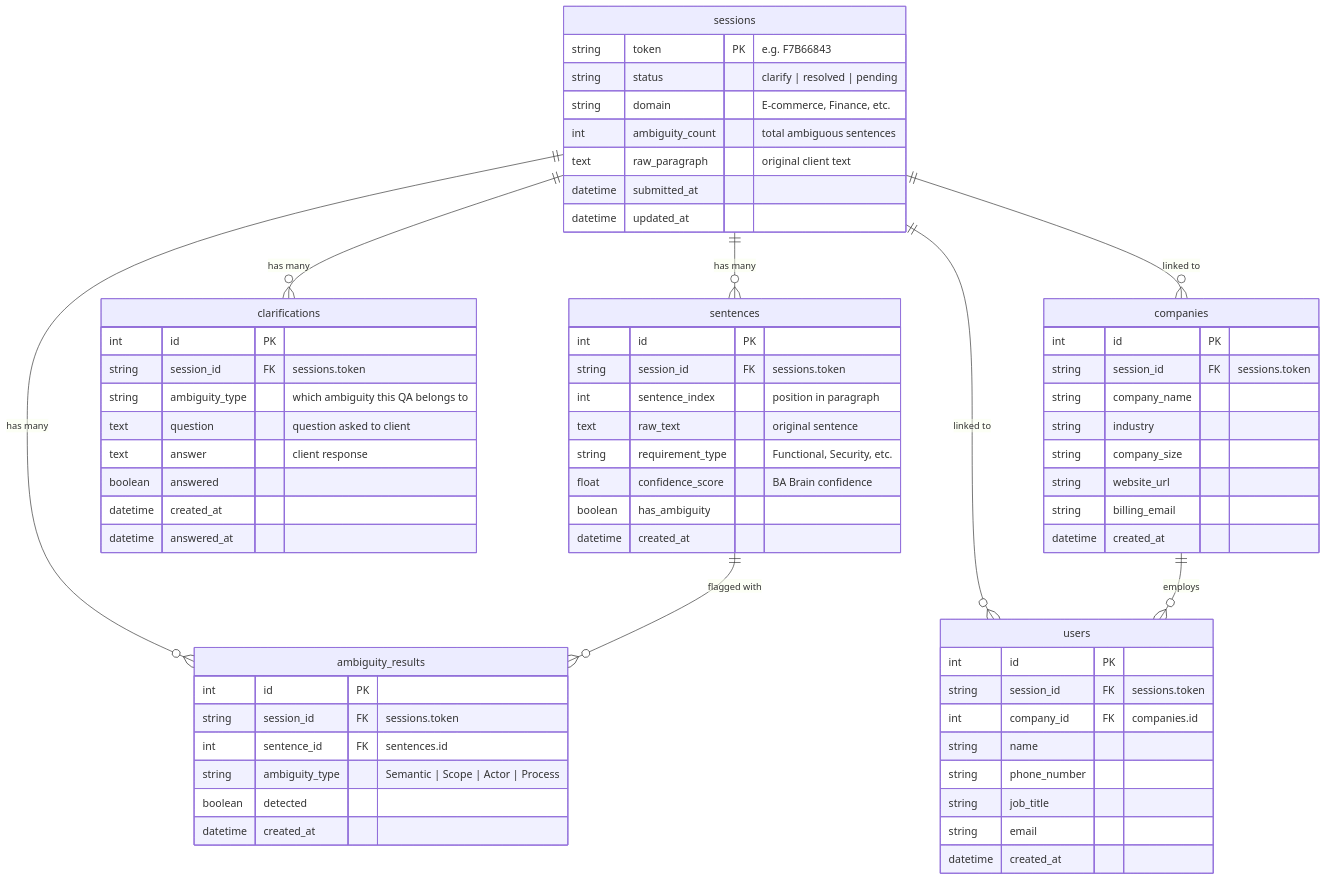
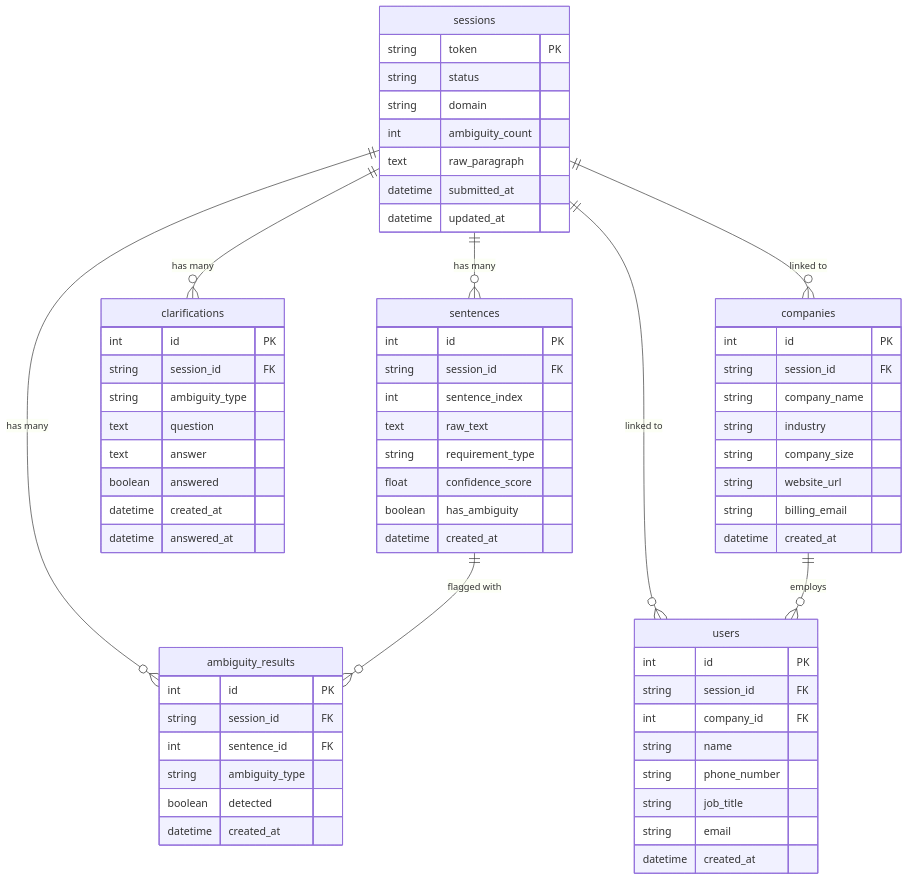
The fourth of 6 diagrams in README.md (FahadhCodes/project_AIRES), drawn with Mermaid before and after one commit. The commit also changed other lines of this file, not shown here.

````diff
--- a/README.md
+++ b/README.md
@@ -244,73 +243,73 @@
 ```mermaid
 erDiagram
     sessions ||--o{ sentences : "has many"
     sessions ||--o{ ambiguity_results : "has many"
     sessions ||--o{ clarifications : "has many"
     sessions ||--o{ companies : "linked to"
     sessions ||--o{ users : "linked to"
     companies ||--o{ users : "employs"
     sentences ||--o{ ambiguity_results : "flagged with"
 
     sessions {
-        string token PK "e.g. F7B66843"
-        string status "clarify | resolved | pending"
-        string domain "E-commerce, Finance, etc."
-        int ambiguity_count "total ambiguous sentences"
-        text raw_paragraph "original client text"
+        string token PK
+        string status
+        string domain
+        int ambiguity_count
+        text raw_paragraph
         datetime submitted_at
         datetime updated_at
     }
 
     sentences {
         int id PK
-        string session_id FK "sessions.token"
-        int sentence_index "position in paragraph"
-        text raw_text "original sentence"
-        string requirement_type "Functional, Security, etc."
-        float confidence_score "BA Brain confidence"
+        string session_id FK
+        int sentence_index
+        text raw_text
+        string requirement_type
+        float confidence_score
         boolean has_ambiguity
         datetime created_at
     }
 
     ambiguity_results {
         int id PK
-        string session_id FK "sessions.token"
-        int sentence_id FK "sentences.id"
-        string ambiguity_type "Semantic | Scope | Actor | Process"
+        string session_id FK
+        int sentence_id FK
+        string ambiguity_type
         boolean detected
         datetime created_at
     }
 
     clarifications {
         int id PK
-        string session_id FK "sessions.token"
-        string ambiguity_type "which ambiguity this QA belongs to"
-        text question "question asked to client"
-        text answer "client response"
+        string session_id FK
+        string ambiguity_type
+        text question
+        text answer
         boolean answered
         datetime created_at
         datetime answered_at
     }
 
     companies {
         int id PK
-        string session_id FK "sessions.token"
+        string session_id FK
         string company_name
         string industry
         string company_size
         string website_url
         string billing_email
         datetime created_at
     }
 
     users {
         int id PK
-        string session_id FK "sessions.token"
-        int company_id FK "companies.id"
+        string session_id FK
+        int company_id FK
         string name
         string phone_number
         string job_title
         string email
         datetime created_at
     }
 ```
````
